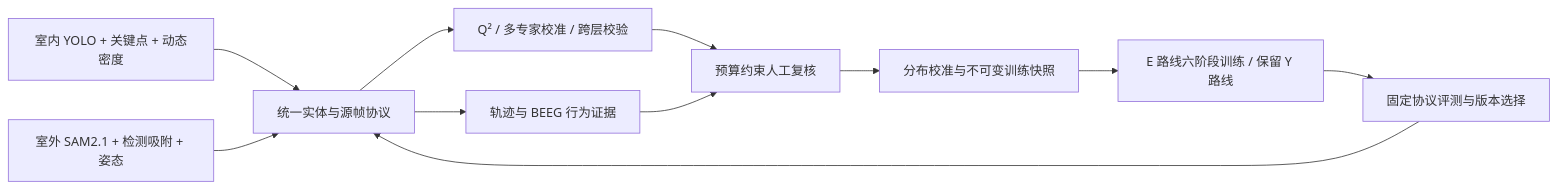
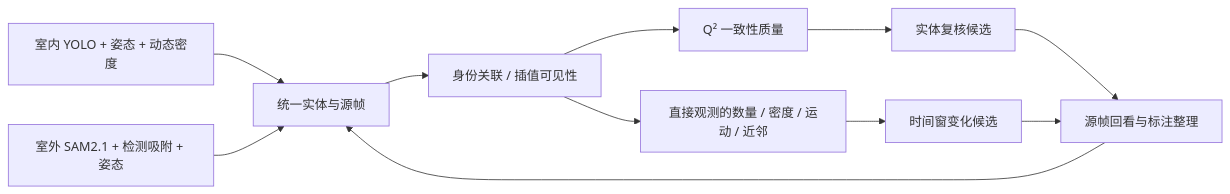
One commit to CyberMagician01/label_data_flywheel changed the diagram in README.md. Above: the diagram before and after it, drawn with Mermaid. The commit also changed other lines of this file and 18 other files, not shown here.

````diff
--- a/README.md
+++ b/README.md
@@ -9,13 +9,13 @@
 ```mermaid
 flowchart LR
-  A[室内 YOLO + 关键点 + 动态密度] --> C[统一实体与源帧协议]
+  A[室内 YOLO + 姿态 + 动态密度] --> C[统一实体与源帧]
   B[室外 SAM2.1 + 检测吸附 + 姿态] --> C
-  C --> D[Q² / 多专家校准 / 跨层校验]
-  C --> E[轨迹与 BEEG 行为证据]
-  D --> F[预算约束人工复核]
-  E --> F
-  F --> G[分布校准与不可变训练快照]
-  G --> H[E 路线六阶段训练 / 保留 Y 路线]
-  H --> I[固定协议评测与版本选择]
+  C --> D[身份关联 / 插值可见性]
+  D --> E[Q² 一致性质量]
+  D --> F[直接观测的数量 / 密度 / 运动 / 近邻]
+  E --> G[实体复核候选]
+  F --> H[时间窗变化候选]
+  G --> I[源帧回看与标注整理]
+  H --> I
   I --> C
 ```
````
